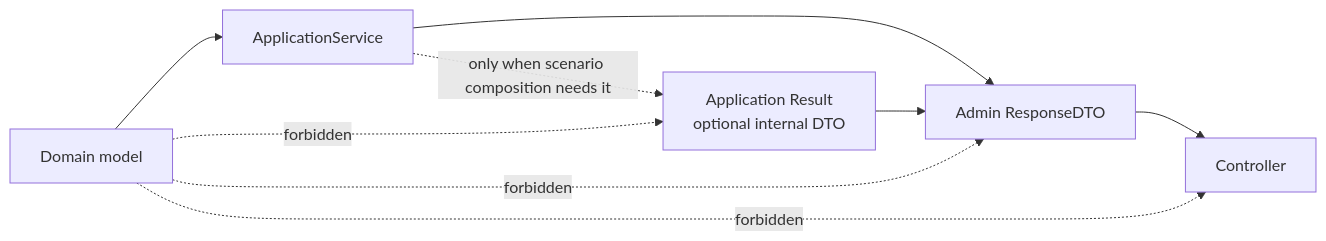
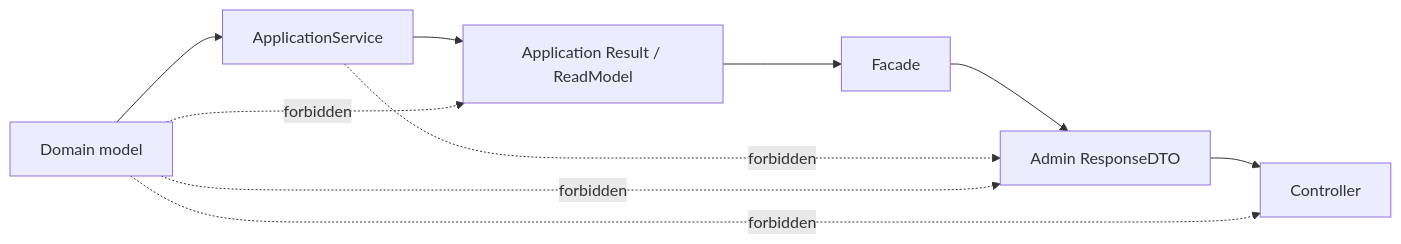
Before and after one commit to TEAM-BEAT/BEAT-SERVER: the fifth of 6 diagrams in admin/README.md, drawn with Mermaid. The commit also changed other lines of this file and 35 other files, not shown here.

````diff
--- a/admin/README.md
+++ b/admin/README.md
@@ -367,18 +372,20 @@
 ```mermaid
 flowchart LR
     Domain[Domain model]
     App[ApplicationService]
-    Result[Application Result<br/>optional internal DTO]
+    Result[Application Result / ReadModel]
+    Facade[Facade]
     Response[Admin ResponseDTO]
     Controller[Controller]
 
     Domain --> App
-    App --> Response
-    App -. only when scenario composition needs it .-> Result
-    Result --> Response
+    App --> Result
+    Result --> Facade
+    Facade --> Response
     Response --> Controller
 
+    App -. forbidden .-> Response
     Domain -. forbidden .-> Response
     Domain -. forbidden .-> Result
     Domain -. forbidden .-> Controller
 ```
````
